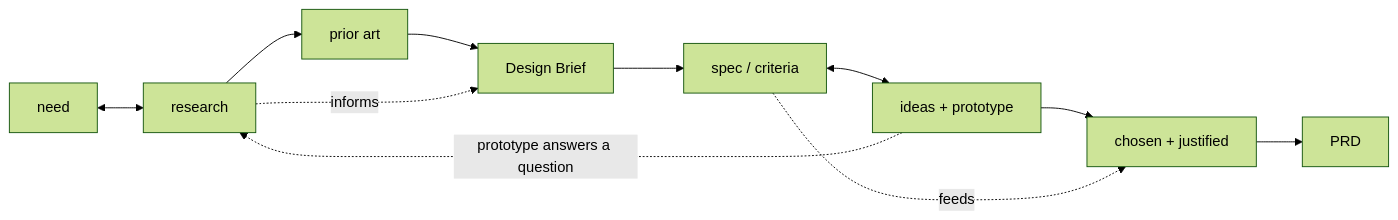
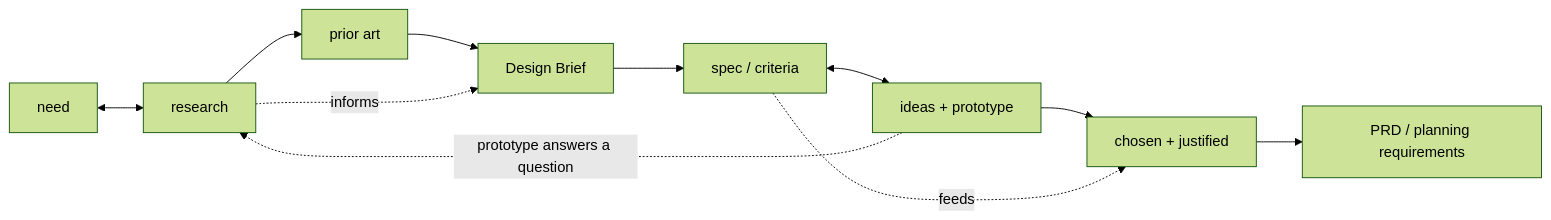
The diagram in SCRATCHPAD.md (kingdomseed/structured-workflow-mcp), drawn with Mermaid (forest theme) before and after one commit. The commit also changed other lines of this file and 4 other files, not shown here.

````diff
--- a/SCRATCHPAD.md
+++ b/SCRATCHPAD.md
@@ -44,13 +117,13 @@
 ```mermaid
 flowchart LR
   A1[need] <--> A2[research]
   A2 --> A3[prior art]
   A3 --> A4[Design Brief]
   A2 -.informs.-> A4
   A4 --> B1[spec / criteria]
   B1 <--> B2[ideas + prototype]
   B2 --> B3[chosen + justified]
-  B3 --> B4[PRD]
+  B3 --> B4[PRD / planning requirements]
   B1 -.feeds.-> B3
   B2 -.prototype answers a question.-> A2
 ```
````
